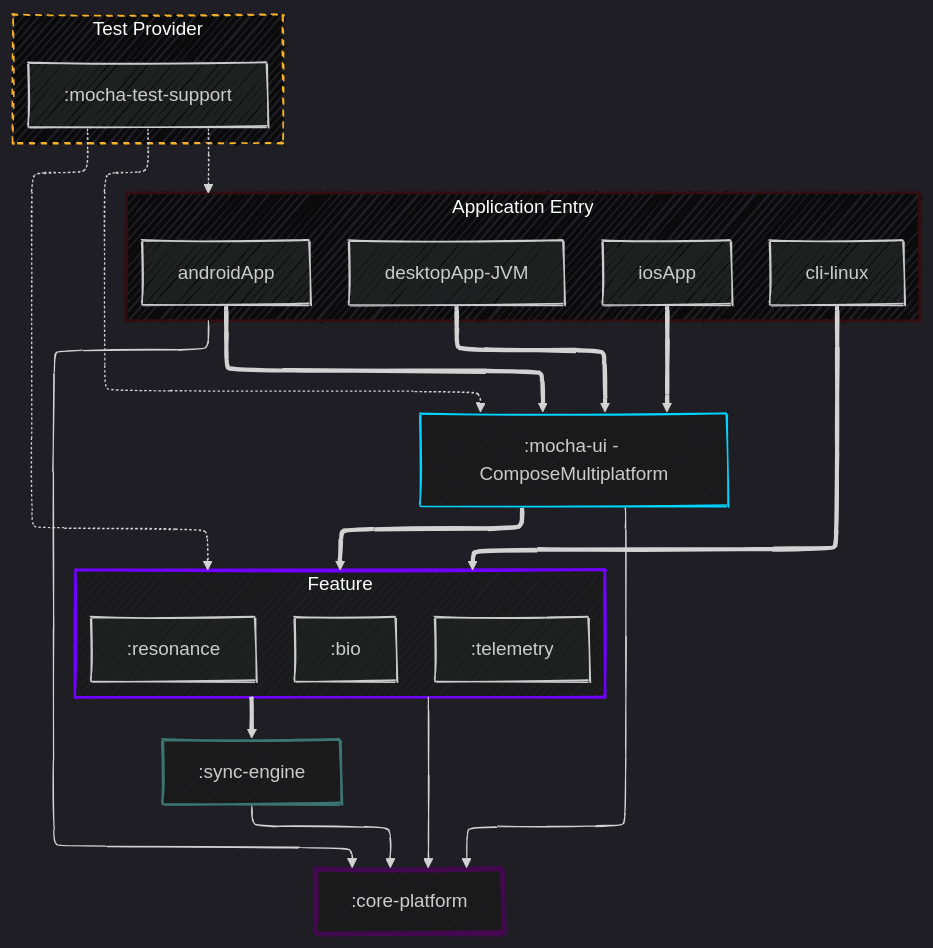
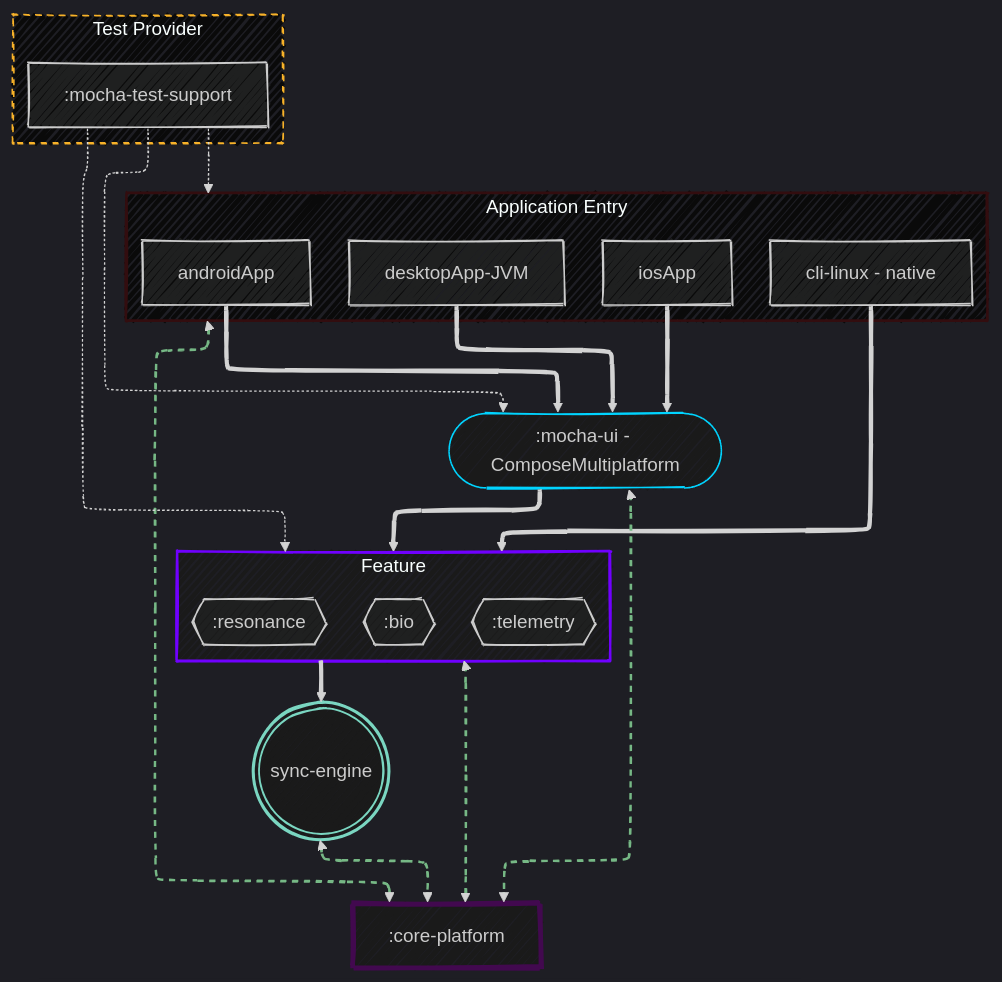
One commit to OscarD8/MochaMe-KMP changed the first of 3 diagrams in README.md. Above: the diagram before and after it, drawn with Mermaid.

````diff
--- a/README.md
+++ b/README.md
@@ -45,71 +45,72 @@
 ```mermaid
 ---
 config:
   look: handDrawn
   theme: dark
   layout: elk
   elk:
     nodePlacementStrategy: BRANDES_KOEPF
     edgeRouting: ORTHOGONAL
     spacing.nodeNodeBetweenLayers: 80
 ---
 graph TD
-    %% Tier 3: Entry Points
+%% Tier 3: Entry Points
     subgraph T3 [Application Entry]
         P_AND[androidApp]
         P_JVM[desktopApp-JVM]
         P_IOS[iosApp]
-        P_LNX[cli-linux]
+        P_LNX[cli-linux - native]
     end
 
-    %% Tier 2: Presentation
-    UI[:mocha-ui - ComposeMultiplatform]
+%% Tier 2: Presentation
+    UI([:mocha-ui - ComposeMultiplatform])
 
-    %% Tier 1: Domain
+%% Tier 1: Domain
     subgraph T1 [Feature]
         direction LR
-        BIO[:bio]
-        TEL[:telemetry]
-        RES[:resonance]
+        BI{{:bio}}
+        TEL{{:telemetry}}
+        RES{{:resonance}}
     end
 
-    %% Tier 0: The Foundations
-    SYNC[:sync-engine]
+%% Tier 0: The Foundations
+    SYNC(((sync-engine)))
     CORE[:core-platform]
 
-    %% Global Testing Provider
+%% Global Testing Provider
     subgraph Lab [Test Provider]
         TEST[:mocha-test-support]
     end
 
-    %% PRODUCTION FLOWS
-    %% CLI Bypass
+%% PRODUCTION FLOWS
+%% CLI Bypass
     P_LNX ==> T1
 
-    %% Standard App Flow
+%% Standard App Flow
     P_AND & P_JVM & P_IOS ==> UI
     UI ==> T1
 
-    %% Logic to Protocol
+%% Logic to Protocol
     T1 ==> SYNC
 
-    %% UNIVERSAL INFRASTRUCTURE DEPENDENCY
-    %% All layers depend on Core for expect/actual SAMs
-    T3 & UI & T1 & SYNC --> CORE
+%% UNIVERSAL INFRASTRUCTURE DEPENDENCY
+%% All layers depend on Core for expect/actual SAMs
+    T3 & UI & T1 & SYNC <-.-> CORE
 
-    %% INSTRUMENTATION FLOWS (Dashed)
-    %% Laboratory supports Tiers 1, 2, and 3. Sync Engine is isolated.
+%% INSTRUMENTATION FLOWS (Dashed)
+%% Laboratory supports Tiers 1, 2, and 3. Sync Engine is isolated.
     TEST -.-> T3
     TEST -.-> UI
     TEST -.-> T1
 
-    %% Custom Neon Styling
+%% Custom Neon Styling
     style CORE fill:#1a1a1a,stroke:#42094f,stroke-width:4px
-    style SYNC fill:#1a1a1a,stroke:#3b7571,stroke-width:2px
+    style SYNC fill:#1a1a1a,stroke:#7ad6c1,stroke-width:2px
     style T1 fill:#1a1a1a,stroke:#7000ff,stroke-width:2px
     style UI fill:#1a1a1a,stroke:#00d4ff
     style T3 fill:#0a0a0a,stroke:#330d0f,stroke-width:2px
     style Lab fill:#0a0a0a,stroke:#f8b229,stroke-dasharray: 5 5
-
+%% Style the TEST -> T3, UI, T1 links
+    linkStyle 6,7,8,9 stroke:#76b885,stroke-width:2px,stroke-dasharray: 5;
 
 ```
````
